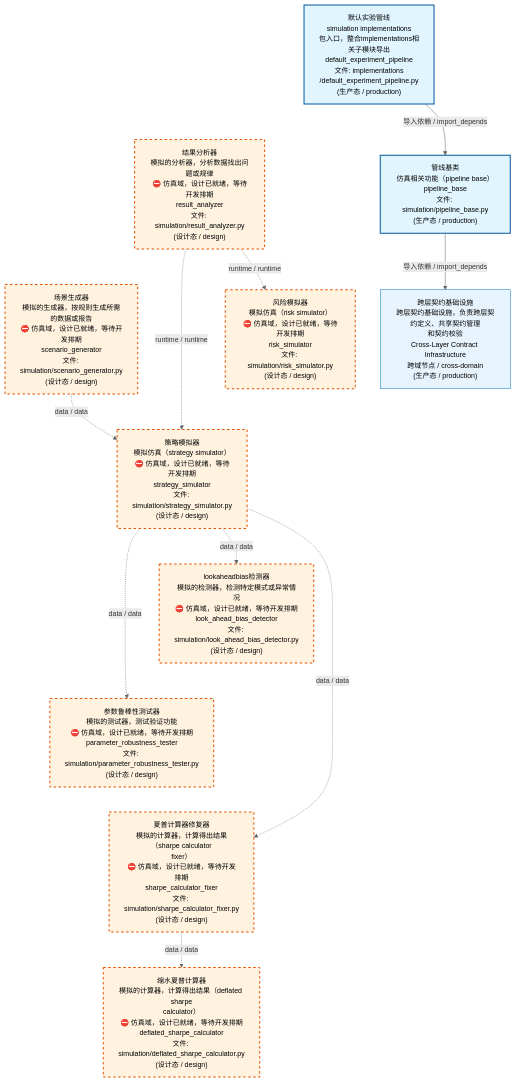
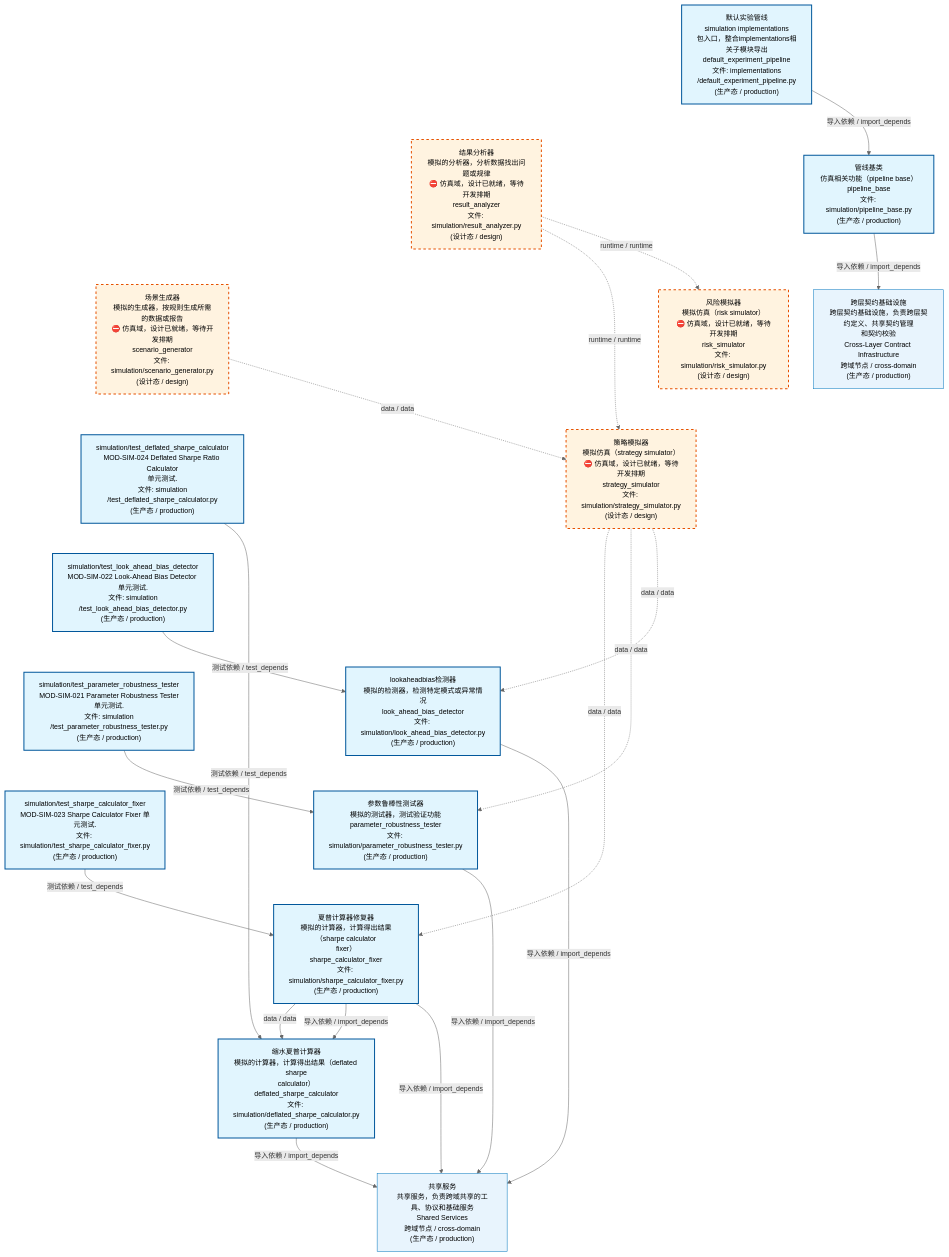
One commit to xuanFelixVan/ZephyrAlpha changed the first of 4 diagrams in docs/02_enterprise_architecture/02_domain_architecture_docs/70_d_simulation.md. Above: the diagram before and after it, drawn with Mermaid. The commit also changed other lines of this file and 51 other files, not shown here.

````diff
--- a/docs/02_enterprise_architecture/02_domain_architecture_docs/70_d_simulation.md
+++ b/docs/02_enterprise_architecture/02_domain_architecture_docs/70_d_simulation.md
@@ -53,37 +53,55 @@
 ```mermaid
 %%{init: {'theme': 'base', 'themeVariables': {'primaryColor': '#eaeaea', 'primaryTextColor': '#333333', 'primaryBorderColor': '#666666', 'lineColor': '#666666', 'secondaryColor': '#eaeaea', 'tertiaryColor': '#eaeaea', 'fontSize': '14px'}}}%%
 flowchart TD
     src_zephyr_simulation_implementations_default_experiment_pipeline_py["默认实验管线<br/>simulation implementations<br/>包入口，整合implementations相关子模块导出<br/>default_experiment_pipeline<br/>文件: implementations<br/>/default_experiment_pipeline.py<br/>(生产态 / production)"]
     src_zephyr_simulation_result_analyzer_py["结果分析器<br/>模拟的分析器，分析数据找出问题或规律<br/>⛔ 仿真域，设计已就绪，等待开发排期<br/>result_analyzer<br/>文件: simulation/result_analyzer.py<br/>(设计态 / design)"]
     src_zephyr_simulation_scenario_generator_py["场景生成器<br/>模拟的生成器，按规则生成所需的数据或报告<br/>⛔ 仿真域，设计已就绪，等待开发排期<br/>scenario_generator<br/>文件: simulation/scenario_generator.py<br/>(设计态 / design)"]
+    tests_simulation_test_deflated_sharpe_calculator_py["simulation/test_deflated_sharpe_calculator<br/>MOD-SIM-024 Deflated Sharpe Ratio Calculator<br/>单元测试.<br/>文件: simulation<br/>/test_deflated_sharpe_calculator.py<br/>(生产态 / production)"]
+    tests_simulation_test_look_ahead_bias_detector_py["simulation/test_look_ahead_bias_detector<br/>MOD-SIM-022 Look-Ahead Bias Detector 单元测试.<br/>文件: simulation<br/>/test_look_ahead_bias_detector.py<br/>(生产态 / production)"]
+    tests_simulation_test_parameter_robustness_tester_py["simulation/test_parameter_robustness_tester<br/>MOD-SIM-021 Parameter Robustness Tester<br/>单元测试.<br/>文件: simulation<br/>/test_parameter_robustness_tester.py<br/>(生产态 / production)"]
+    tests_simulation_test_sharpe_calculator_fixer_py["simulation/test_sharpe_calculator_fixer<br/>MOD-SIM-023 Sharpe Calculator Fixer 单元测试.<br/>文件: simulation/test_sharpe_calculator_fixer.py<br/>(生产态 / production)"]
     src_zephyr_simulation_implementations_default_experiment_pipeline_py ~~~ src_zephyr_simulation_result_analyzer_py
     src_zephyr_simulation_result_analyzer_py ~~~ src_zephyr_simulation_scenario_generator_py
+    src_zephyr_simulation_scenario_generator_py ~~~ tests_simulation_test_deflated_sharpe_calculator_py
+    tests_simulation_test_deflated_sharpe_calculator_py ~~~ tests_simulation_test_look_ahead_bias_detector_py
+    tests_simulation_test_look_ahead_bias_detector_py ~~~ tests_simulation_test_parameter_robustness_tester_py
+    tests_simulation_test_parameter_robustness_tester_py ~~~ tests_simulation_test_sharpe_calculator_fixer_py
     src_zephyr_simulation_pipeline_base_py["管线基类<br/>仿真相关功能（pipeline base）<br/>pipeline_base<br/>文件: simulation/pipeline_base.py<br/>(生产态 / production)"]
     src_zephyr_simulation_risk_simulator_py["风险模拟器<br/>模拟仿真（risk simulator）<br/>⛔ 仿真域，设计已就绪，等待开发排期<br/>risk_simulator<br/>文件: simulation/risk_simulator.py<br/>(设计态 / design)"]
     src_zephyr_simulation_strategy_simulator_py["策略模拟器<br/>模拟仿真（strategy simulator）<br/>⛔ 仿真域，设计已就绪，等待开发排期<br/>strategy_simulator<br/>文件: simulation/strategy_simulator.py<br/>(设计态 / design)"]
     src_zephyr_simulation_pipeline_base_py ~~~ src_zephyr_simulation_risk_simulator_py
     src_zephyr_simulation_risk_simulator_py ~~~ src_zephyr_simulation_strategy_simulator_py
-    src_zephyr_simulation_look_ahead_bias_detector_py["lookaheadbias检测器<br/>模拟的检测器，检测特定模式或异常情况<br/>⛔ 仿真域，设计已就绪，等待开发排期<br/>look_ahead_bias_detector<br/>文件: simulation/look_ahead_bias_detector.py<br/>(设计态 / design)"]
-    src_zephyr_simulation_parameter_robustness_tester_py["参数鲁棒性测试器<br/>模拟的测试器，测试验证功能<br/>⛔ 仿真域，设计已就绪，等待开发排期<br/>parameter_robustness_tester<br/>文件: simulation/parameter_robustness_tester.py<br/>(设计态 / design)"]
-    src_zephyr_simulation_sharpe_calculator_fixer_py["夏普计算器修复器<br/>模拟的计算器，计算得出结果（sharpe calculator<br/>fixer）<br/>⛔ 仿真域，设计已就绪，等待开发排期<br/>sharpe_calculator_fixer<br/>文件: simulation/sharpe_calculator_fixer.py<br/>(设计态 / design)"]
+    src_zephyr_simulation_look_ahead_bias_detector_py["lookaheadbias检测器<br/>模拟的检测器，检测特定模式或异常情况<br/>look_ahead_bias_detector<br/>文件: simulation/look_ahead_bias_detector.py<br/>(生产态 / production)"]
+    src_zephyr_simulation_parameter_robustness_tester_py["参数鲁棒性测试器<br/>模拟的测试器，测试验证功能<br/>parameter_robustness_tester<br/>文件: simulation/parameter_robustness_tester.py<br/>(生产态 / production)"]
+    src_zephyr_simulation_sharpe_calculator_fixer_py["夏普计算器修复器<br/>模拟的计算器，计算得出结果（sharpe calculator<br/>fixer）<br/>sharpe_calculator_fixer<br/>文件: simulation/sharpe_calculator_fixer.py<br/>(生产态 / production)"]
     src_zephyr_simulation_look_ahead_bias_detector_py ~~~ src_zephyr_simulation_parameter_robustness_tester_py
     src_zephyr_simulation_parameter_robustness_tester_py ~~~ src_zephyr_simulation_sharpe_calculator_fixer_py
-    src_zephyr_simulation_deflated_sharpe_calculator_py["缩水夏普计算器<br/>模拟的计算器，计算得出结果（deflated sharpe<br/>calculator）<br/>⛔ 仿真域，设计已就绪，等待开发排期<br/>deflated_sharpe_calculator<br/>文件: simulation/deflated_sharpe_calculator.py<br/>(设计态 / design)"]
+    src_zephyr_simulation_deflated_sharpe_calculator_py["缩水夏普计算器<br/>模拟的计算器，计算得出结果（deflated sharpe<br/>calculator）<br/>deflated_sharpe_calculator<br/>文件: simulation/deflated_sharpe_calculator.py<br/>(生产态 / production)"]
+    src_zephyr_simulation_strategy_simulator_py -.->|data / data| src_zephyr_simulation_sharpe_calculator_fixer_py
     src_zephyr_simulation_strategy_simulator_py -.->|data / data| src_zephyr_simulation_parameter_robustness_tester_py
     src_zephyr_simulation_strategy_simulator_py -.->|data / data| src_zephyr_simulation_look_ahead_bias_detector_py
-    src_zephyr_simulation_strategy_simulator_py -.->|data / data| src_zephyr_simulation_sharpe_calculator_fixer_py
     src_zephyr_simulation_scenario_generator_py -.->|data / data| src_zephyr_simulation_strategy_simulator_py
     src_zephyr_simulation_result_analyzer_py -.->|runtime / runtime| src_zephyr_simulation_strategy_simulator_py
     src_zephyr_simulation_result_analyzer_py -.->|runtime / runtime| src_zephyr_simulation_risk_simulator_py
-    src_zephyr_simulation_sharpe_calculator_fixer_py -.->|data / data| src_zephyr_simulation_deflated_sharpe_calculator_py
+    src_zephyr_simulation_sharpe_calculator_fixer_py -->|data / data| src_zephyr_simulation_deflated_sharpe_calculator_py
+    src_zephyr_simulation_sharpe_calculator_fixer_py -->|导入依赖 / import_depends| src_zephyr_simulation_deflated_sharpe_calculator_py
     src_zephyr_simulation_implementations_default_experiment_pipeline_py -->|导入依赖 / import_depends| src_zephyr_simulation_pipeline_base_py
+    tests_simulation_test_deflated_sharpe_calculator_py -->|测试依赖 / test_depends| src_zephyr_simulation_deflated_sharpe_calculator_py
+    tests_simulation_test_sharpe_calculator_fixer_py -->|测试依赖 / test_depends| src_zephyr_simulation_sharpe_calculator_fixer_py
+    tests_simulation_test_look_ahead_bias_detector_py -->|测试依赖 / test_depends| src_zephyr_simulation_look_ahead_bias_detector_py
+    tests_simulation_test_parameter_robustness_tester_py -->|测试依赖 / test_depends| src_zephyr_simulation_parameter_robustness_tester_py
+    D_SHARED["共享服务<br/>共享服务，负责跨域共享的工具、协议和基础服务<br/>Shared Services<br/>跨域节点 / cross-domain<br/>(生产态 / production)"]
+    src_zephyr_simulation_deflated_sharpe_calculator_py -->|导入依赖 / import_depends| D_SHARED
+    src_zephyr_simulation_sharpe_calculator_fixer_py -->|导入依赖 / import_depends| D_SHARED
+    src_zephyr_simulation_parameter_robustness_tester_py -->|导入依赖 / import_depends| D_SHARED
+    src_zephyr_simulation_look_ahead_bias_detector_py -->|导入依赖 / import_depends| D_SHARED
     D_INFRASTRUCTURE["跨层契约基础设施<br/>跨层契约基础设施，负责跨层契约定义、共享契约管理<br/>和契约校验<br/>Cross-Layer Contract Infrastructure<br/>跨域节点 / cross-domain<br/>(生产态 / production)"]
     src_zephyr_simulation_pipeline_base_py -->|导入依赖 / import_depends| D_INFRASTRUCTURE
     classDef production fill:#e1f5fe,stroke:#01579b,stroke-width:2px,color:#000
     classDef design fill:#fff3e0,stroke:#e65100,stroke-width:2px,color:#000,stroke-dasharray: 5 5
     classDef external_prod fill:#e8f4fd,stroke:#0277bd,stroke-width:1px,color:#000
     classDef external_design fill:#fff8e7,stroke:#ef6c00,stroke-width:1px,color:#000,stroke-dasharray: 5 5
-    class src_zephyr_simulation_implementations_default_experiment_pipeline_py,src_zephyr_simulation_pipeline_base_py production
-    class src_zephyr_simulation_deflated_sharpe_calculator_py,src_zephyr_simulation_look_ahead_bias_detector_py,src_zephyr_simulation_parameter_robustness_tester_py,src_zephyr_simulation_result_analyzer_py,src_zephyr_simulation_risk_simulator_py,src_zephyr_simulation_scenario_generator_py,src_zephyr_simulation_sharpe_calculator_fixer_py,src_zephyr_simulation_strategy_simulator_py design
-    class D_INFRASTRUCTURE external_prod
+    class src_zephyr_simulation_deflated_sharpe_calculator_py,src_zephyr_simulation_implementations_default_experiment_pipeline_py,src_zephyr_simulation_look_ahead_bias_detector_py,src_zephyr_simulation_parameter_robustness_tester_py,src_zephyr_simulation_pipeline_base_py,src_zephyr_simulation_sharpe_calculator_fixer_py,tests_simulation_test_deflated_sharpe_calculator_py,tests_simulation_test_look_ahead_bias_detector_py,tests_simulation_test_parameter_robustness_tester_py,tests_simulation_test_sharpe_calculator_fixer_py production
+    class src_zephyr_simulation_result_analyzer_py,src_zephyr_simulation_risk_simulator_py,src_zephyr_simulation_scenario_generator_py,src_zephyr_simulation_strategy_simulator_py design
+    class D_SHARED,D_INFRASTRUCTURE external_prod
 ```
````
